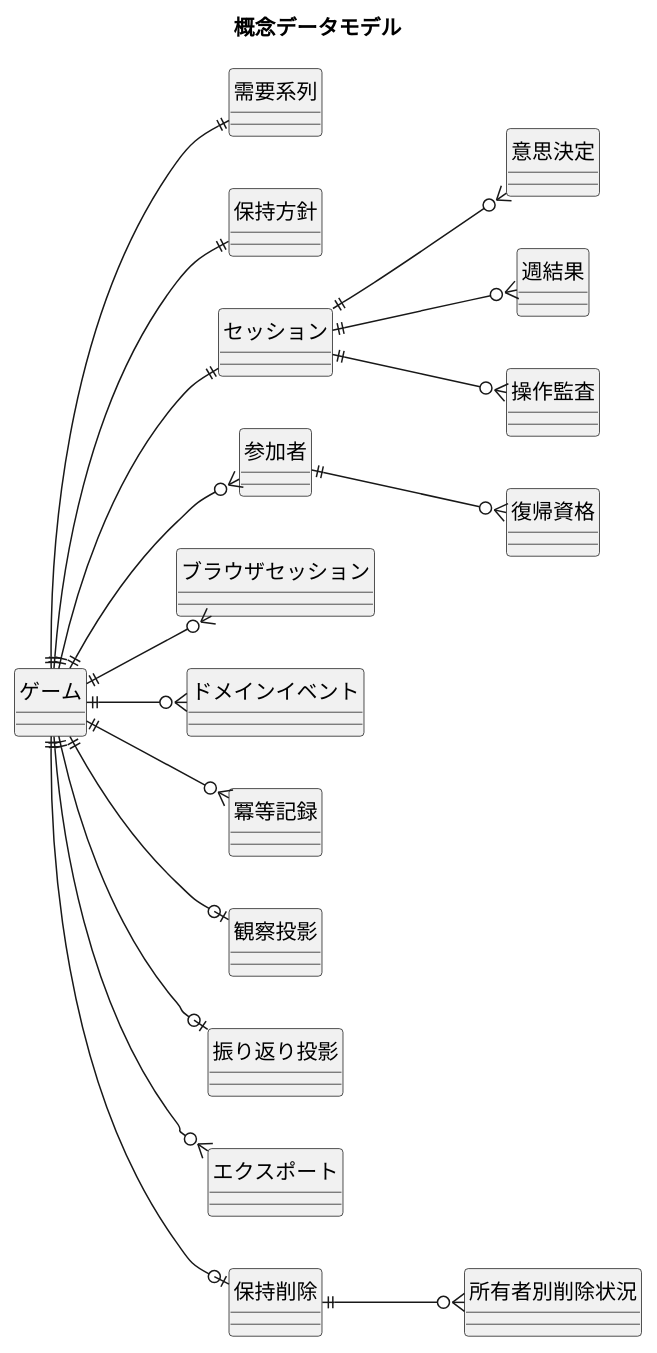
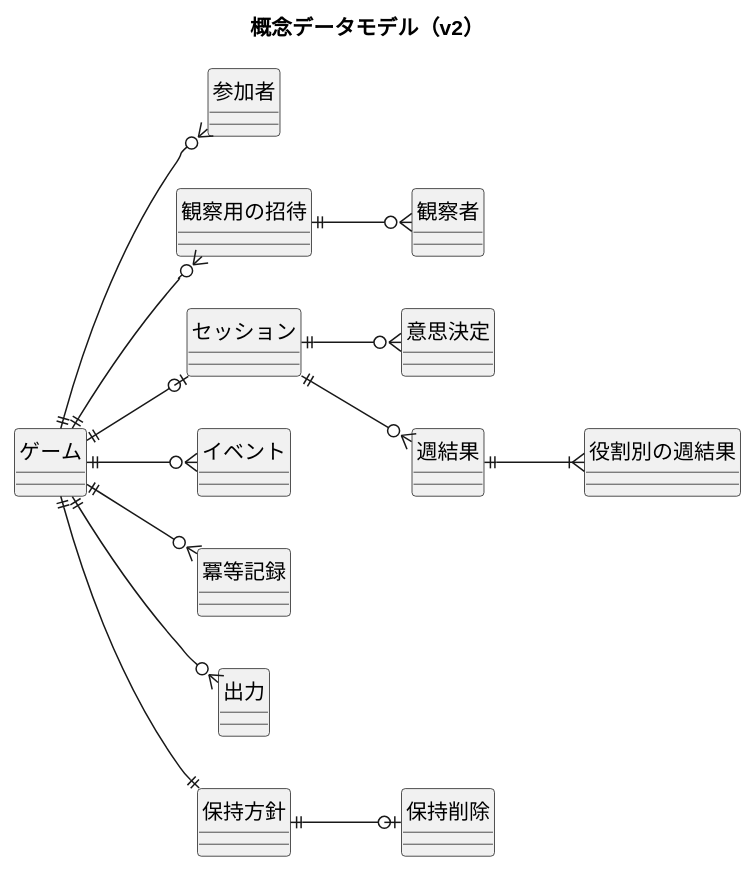
Before and after one commit to k2works/case-study-beer-game-simulation: the first of 4 diagrams in docs/design/beer-game2/data-model.md, drawn with PlantUML. The commit also changed other lines of this file and 5 other files, not shown here.

````diff
--- a/docs/design/beer-game2/data-model.md
+++ b/docs/design/beer-game2/data-model.md
@@ -34,42 +35,34 @@
 ```plantuml
 @startuml
-title 概念データモデル
+title 概念データモデル（v2）
 hide circle
 left to right direction
 
 entity ゲーム
-entity 需要系列
-entity 保持方針
+entity 参加者
+entity 観察用の招待
+entity 観察者
 entity セッション
-entity 参加者
-entity 復帰資格
-entity ブラウザセッション
 entity 意思決定
 entity 週結果
-entity ドメインイベント
+entity 役割別の週結果
+entity イベント
 entity 冪等記録
-entity 操作監査
-entity 観察投影
-entity 振り返り投影
-entity エクスポート
+entity 出力
+entity 保持方針
 entity 保持削除
-entity 所有者別削除状況
 
-ゲーム ||--|| 需要系列
-ゲーム ||--|| 保持方針
-ゲーム ||--|| セッション
 ゲーム ||--o{ 参加者
-ゲーム ||--o{ ブラウザセッション
-参加者 ||--o{ 復帰資格
+ゲーム ||--o{ 観察用の招待
+観察用の招待 ||--o{ 観察者
+ゲーム ||--o| セッション
 セッション ||--o{ 意思決定
 セッション ||--o{ 週結果
-セッション ||--o{ 操作監査
-ゲーム ||--o{ ドメインイベント
+週結果 ||--|{ 役割別の週結果
+ゲーム ||--o{ イベント
 ゲーム ||--o{ 冪等記録
-ゲーム ||--o| 観察投影
-ゲーム ||--o| 振り返り投影
-ゲーム ||--o{ エクスポート
-ゲーム ||--o| 保持削除
-保持削除 ||--o{ 所有者別削除状況
+ゲーム ||--o{ 出力
+ゲーム ||--|| 保持方針
+保持方針 ||--o| 保持削除
 @enduml
 ```
````
